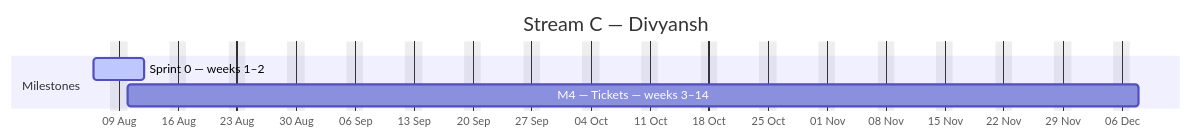
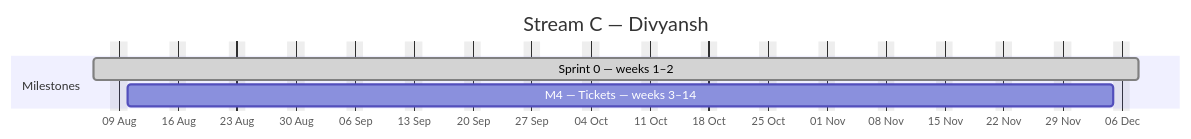
Before and after one commit to debashisedunext/EduTrack: the third of 4 diagrams in docs/plan/GANTT.md, drawn with Mermaid. The commit also changed other lines of this file and 16 other files, not shown here.

````diff
--- a/docs/plan/GANTT.md
+++ b/docs/plan/GANTT.md
@@ -160,10 +159,10 @@
 ```mermaid
 gantt
     dateFormat YYYY-MM-DD
     axisFormat %d %b
     title Stream C — Divyansh
     excludes weekends
     section Milestones
-    Sprint 0 — weeks 1–2 :active, c0, 2026-08-06, 4d
-    M4 — Tickets — weeks 3–14 :c1, 2026-08-10, 86d
+    Sprint 0 — weeks 1–2 :done, c0, 2026-08-06, 88d
+    M4 — Tickets — weeks 3–14 :c1, 2026-08-10, 85d
 ```
````
